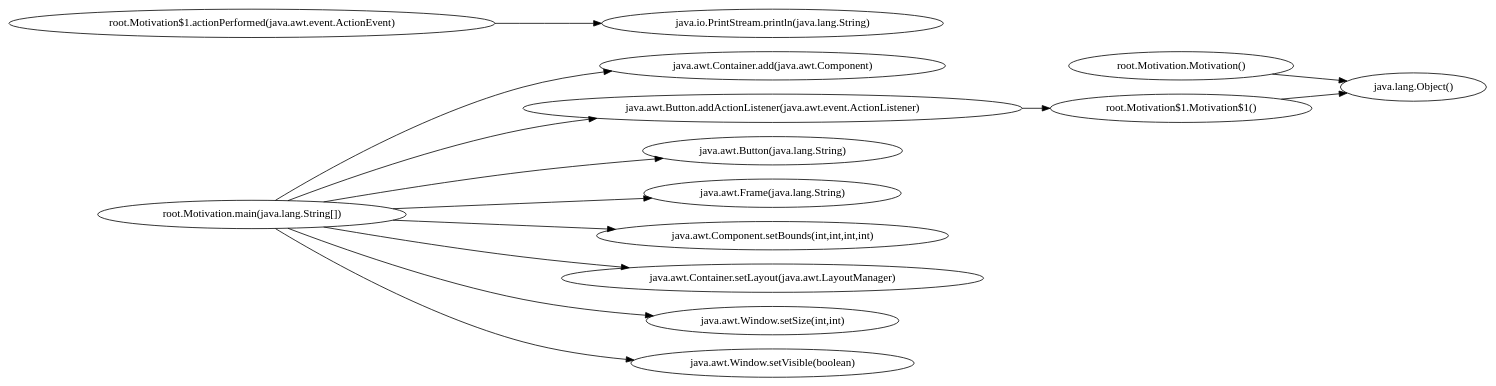
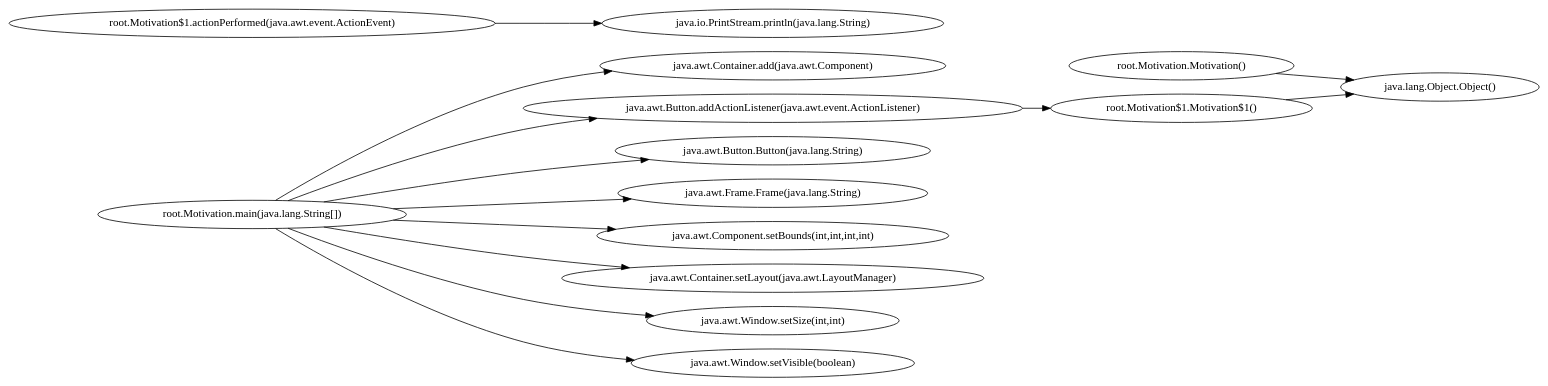
One commit to sagodiz/diff_for_CG changed the diagram in bemenetek/spoon/java_samples/Motivation.dot. Above: the diagram before and after it, drawn with Graphviz. The commit also changed 57 other files, not shown here.

```diff
--- a/bemenetek/spoon/java_samples/Motivation.dot
+++ b/bemenetek/spoon/java_samples/Motivation.dot
@@ -1,29 +1,29 @@
 digraph graphname {
 rankdir="LR";
 6 [label="root.Motivation$1.Motivation$1()"]
 0 [label="root.Motivation.Motivation()"]
 7 [label="root.Motivation$1.actionPerformed(java.awt.event.ActionEvent)"]
 10 [label="java.awt.Container.add(java.awt.Component)"]
 9 [label="java.awt.Button.addActionListener(java.awt.event.ActionListener)"]
-4 [label="java.awt.Button(java.lang.String)"]
-3 [label="java.awt.Frame(java.lang.String)"]
-1 [label="java.lang.Object()"]
+4 [label="java.awt.Button.Button(java.lang.String)"]
+3 [label="java.awt.Frame.Frame(java.lang.String)"]
+1 [label="java.lang.Object.Object()"]
 2 [label="root.Motivation.main(java.lang.String[])"]
 8 [label="java.io.PrintStream.println(java.lang.String)"]
 5 [label="java.awt.Component.setBounds(int,int,int,int)"]
 12 [label="java.awt.Container.setLayout(java.awt.LayoutManager)"]
 11 [label="java.awt.Window.setSize(int,int)"]
 13 [label="java.awt.Window.setVisible(boolean)"]
 0 -> 1
 2 -> 3
 2 -> 4
 2 -> 5
 2 -> 9
 2 -> 10
 2 -> 11
 2 -> 12
 2 -> 13
 6 -> 1
 7 -> 8
 9 -> 6
 }
```
